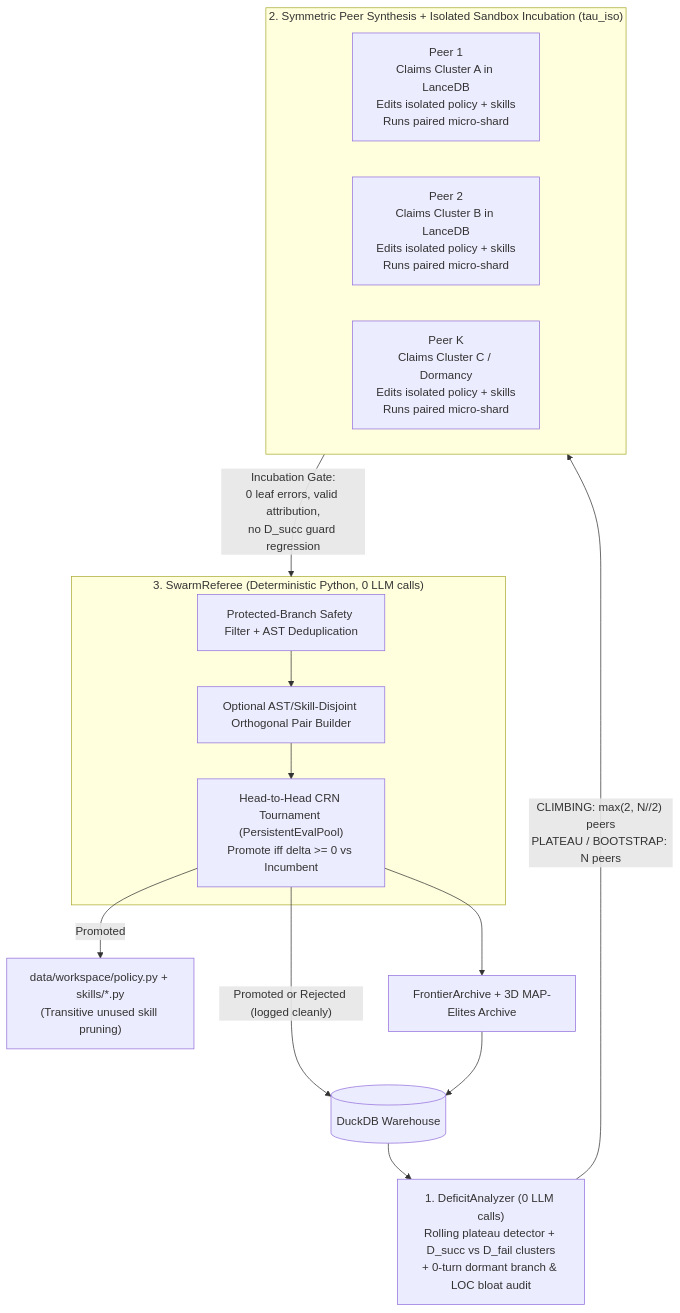
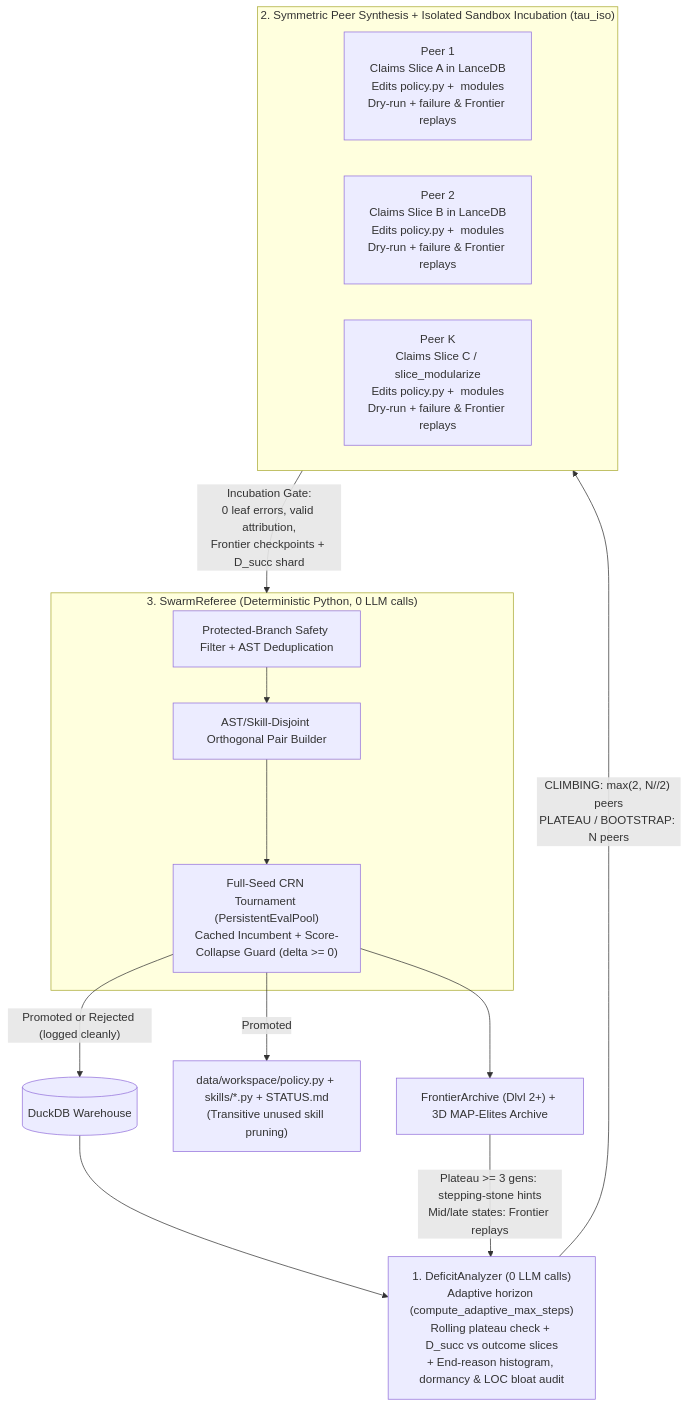
Before and after one commit to saejin-moon/lox: the diagram in README.md, drawn with Mermaid. The commit also changed other lines of this file, not shown here.

Commit message:
Update README for adaptive horizon, Frontier replay, modular skills, and eval-workers

````diff
--- a/README.md
+++ b/README.md
@@ -45,27 +45,27 @@
 ```mermaid
 flowchart TB
-    DB[(DuckDB Warehouse)] --> DEF["1. DeficitAnalyzer (0 LLM calls)\nRolling plateau detector + D_succ vs D_fail clusters\n+ 0-turn dormant branch & LOC bloat audit"]
+    DB[(DuckDB Warehouse)] --> DEF["1. DeficitAnalyzer (0 LLM calls)\nAdaptive horizon (compute_adaptive_max_steps)\nRolling plateau check + D_succ vs outcome slices\n+ End-reason histogram, dormancy & LOC bloat audit"]
 
     DEF -->|"CLIMBING: max(2, N//2) peers\nPLATEAU / BOOTSTRAP: N peers"| PEERS
 
     subgraph PEERS["2. Symmetric Peer Synthesis + Isolated Sandbox Incubation (tau_iso)"]
         direction LR
-        P1["Peer 1\nClaims Cluster A in LanceDB\nEdits isolated policy + skills\nRuns paired micro-shard"]
-        P2["Peer 2\nClaims Cluster B in LanceDB\nEdits isolated policy + skills\nRuns paired micro-shard"]
-        PN["Peer K\nClaims Cluster C / Dormancy\nEdits isolated policy + skills\nRuns paired micro-shard"]
+        P1["Peer 1\nClaims Slice A in LanceDB\nEdits policy.py + <skill_code> modules\nDry-run + failure & Frontier replays"]
+        P2["Peer 2\nClaims Slice B in LanceDB\nEdits policy.py + <skill_code> modules\nDry-run + failure & Frontier replays"]
+        PN["Peer K\nClaims Slice C / slice_modularize\nEdits policy.py + <skill_code> modules\nDry-run + failure & Frontier replays"]
     end
 
-    PEERS -->|"Incubation Gate:\n0 leaf errors, valid attribution,\nno D_succ guard regression"| REF
+    PEERS -->|"Incubation Gate:\n0 leaf errors, valid attribution,\nFrontier checkpoints + D_succ shard"| REF
 
     subgraph REF["3. SwarmReferee (Deterministic Python, 0 LLM calls)"]
         FLT["Protected-Branch Safety Filter + AST Deduplication"]
-        ORTHO["Optional AST/Skill-Disjoint Orthogonal Pair Builder"]
-        CRN["Head-to-Head CRN Tournament (PersistentEvalPool)\nPromote iff delta >= 0 vs Incumbent"]
+        ORTHO["AST/Skill-Disjoint Orthogonal Pair Builder"]
+        CRN["Full-Seed CRN Tournament (PersistentEvalPool)\nCached Incumbent + Score-Collapse Guard (delta >= 0)"]
         FLT --> ORTHO --> CRN
     end
 
-    CRN -->|"Promoted"| WS["data/workspace/policy.py + skills/*.py\n(Transitive unused skill pruning)"]
+    CRN -->|"Promoted"| WS["data/workspace/policy.py + skills/*.py + STATUS.md\n(Transitive unused skill pruning)"]
     CRN -->|"Promoted or Rejected (logged cleanly)"| DB
-    CRN --> ARCH["FrontierArchive + 3D MAP-Elites Archive"]
-    ARCH --> DB
+    CRN --> ARCH["FrontierArchive (Dlvl 2+) + 3D MAP-Elites Archive"]
+    ARCH -->|"Plateau >= 3 gens: stepping-stone hints\nMid/late states: Frontier replays"| DEF
 ```
````
